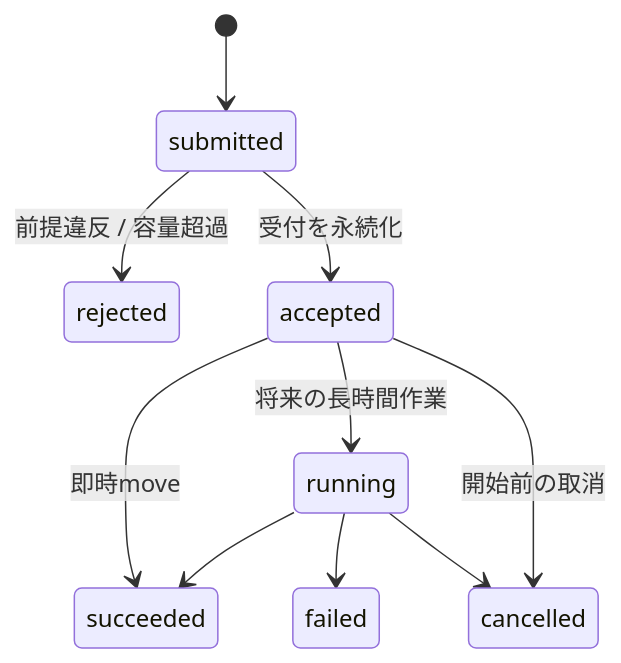
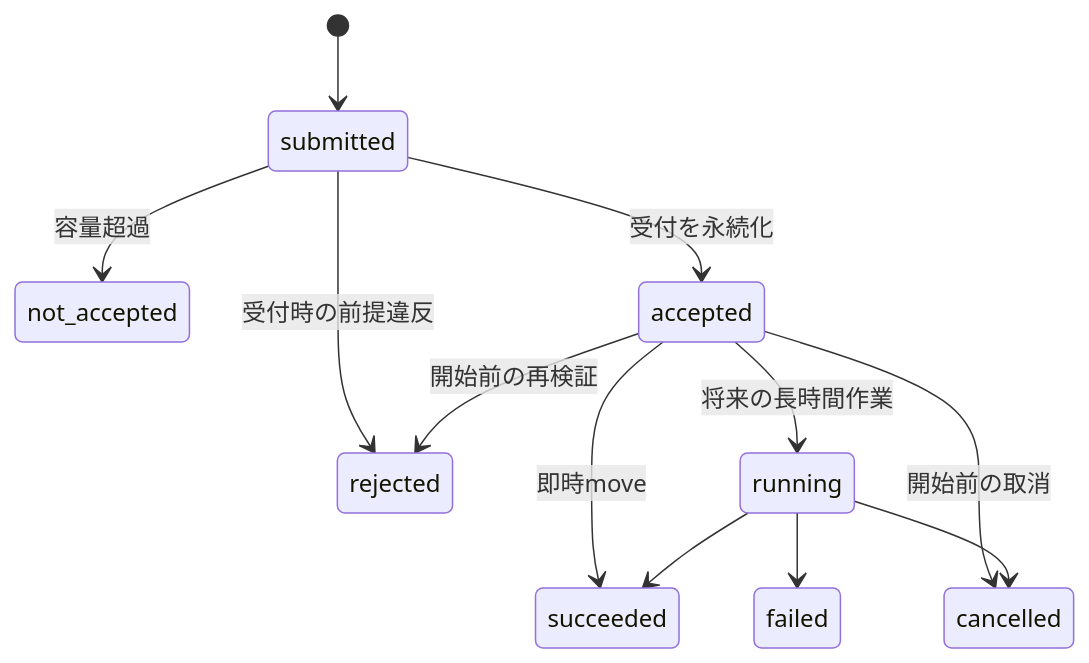
One commit to yomote/agent-world changed the third of 4 diagrams in docs/runbooks/design-review.md. Above: the diagram before and after it, drawn with Mermaid. The commit also changed other lines of this file, not shown here.

````diff
--- a/docs/runbooks/design-review.md
+++ b/docs/runbooks/design-review.md
@@ -57,12 +57,14 @@
 ```mermaid
 stateDiagram-v2
     [*] --> submitted
-    submitted --> rejected: 前提違反 / 容量超過
+    submitted --> not_accepted: 容量超過
+    submitted --> rejected: 受付時の前提違反
     submitted --> accepted: 受付を永続化
     accepted --> succeeded: 即時move
+    accepted --> rejected: 開始前の再検証
     accepted --> running: 将来の長時間作業
     accepted --> cancelled: 開始前の取消
     running --> succeeded
     running --> failed
     running --> cancelled
 ```
````
